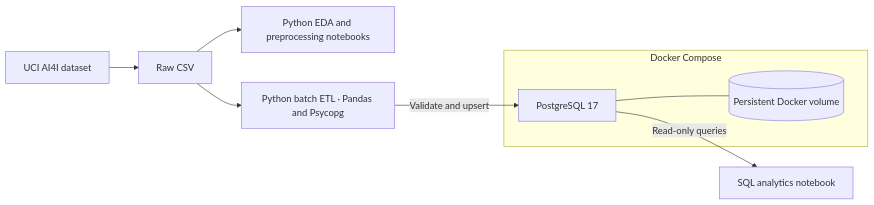
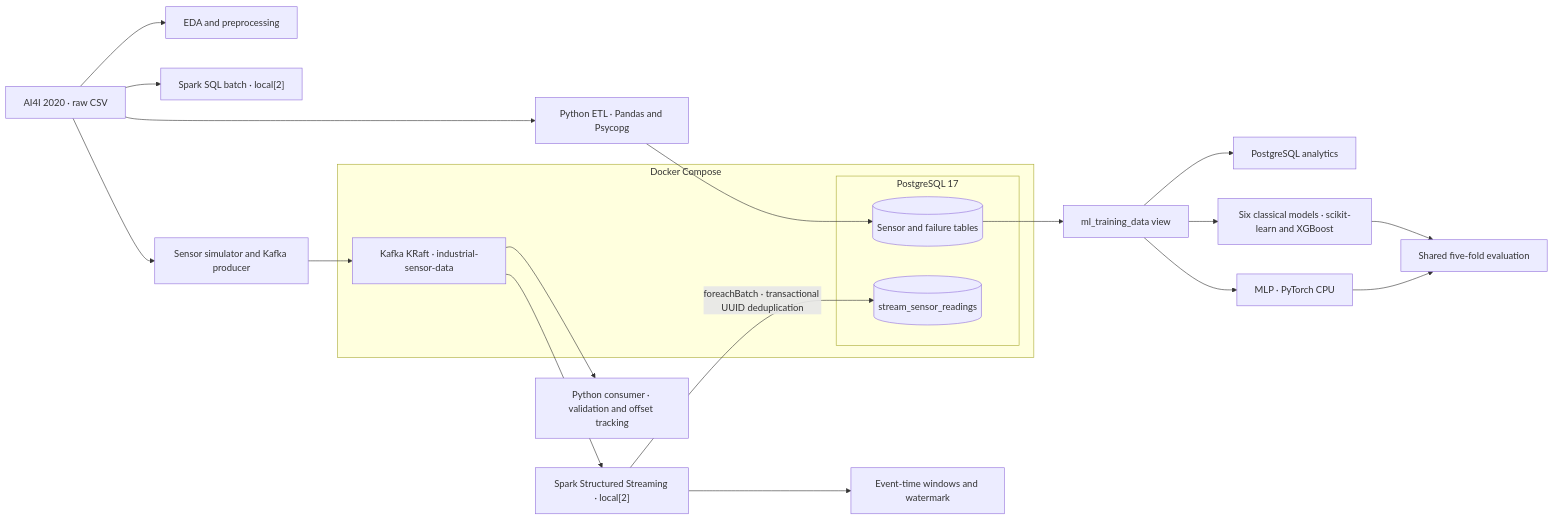
One commit to talhaondrr/IndustryPulseAI changed the diagram in README.md. Above: the diagram before and after it, drawn with Mermaid. The commit also changed other lines of this file and 41 other files, not shown here.

Commit message:
feat: add machine learning, deep learning and Kafka-Spark streaming pipeline

````diff
--- a/README.md
+++ b/README.md
@@ -16,13 +7,26 @@
 ```mermaid
 flowchart LR
-    UCI["UCI AI4I dataset"] --> CSV["Raw CSV"]
-    CSV --> EDA["Python EDA and preprocessing notebooks"]
-    CSV --> ETL["Python batch ETL · Pandas and Psycopg"]
+    CSV["AI4I 2020 · raw CSV"] --> ETL["Python ETL · Pandas and Psycopg"]
+    CSV --> EDA["EDA and preprocessing"]
+    CSV --> Batch["Spark SQL batch · local[2]"]
+    CSV --> Producer["Sensor simulator and Kafka producer"]
     subgraph Docker["Docker Compose"]
-        DB["PostgreSQL 17"]
-        Volume[("Persistent Docker volume")]
-        DB --- Volume
+        subgraph PG["PostgreSQL 17"]
+            Training[("Sensor and failure tables")]
+            Live[("stream_sensor_readings")]
+        end
+        Kafka["Kafka KRaft · industrial-sensor-data"]
     end
-    ETL -->|"Validate and upsert"| DB
-    DB -->|"Read-only queries"| SQL["SQL analytics notebook"]
+    ETL --> Training
+    Training --> View["ml_training_data view"]
+    View --> SQL["PostgreSQL analytics"]
+    View --> ML["Six classical models · scikit-learn and XGBoost"]
+    View --> MLP["MLP · PyTorch CPU"]
+    ML --> Compare["Shared five-fold evaluation"]
+    MLP --> Compare
+    Producer --> Kafka
+    Kafka --> Consumer["Python consumer · validation and offset tracking"]
+    Kafka --> Stream["Spark Structured Streaming · local[2]"]
+    Stream -->|"foreachBatch · transactional UUID deduplication"| Live
+    Stream --> Windows["Event-time windows and watermark"]
 ```
````
